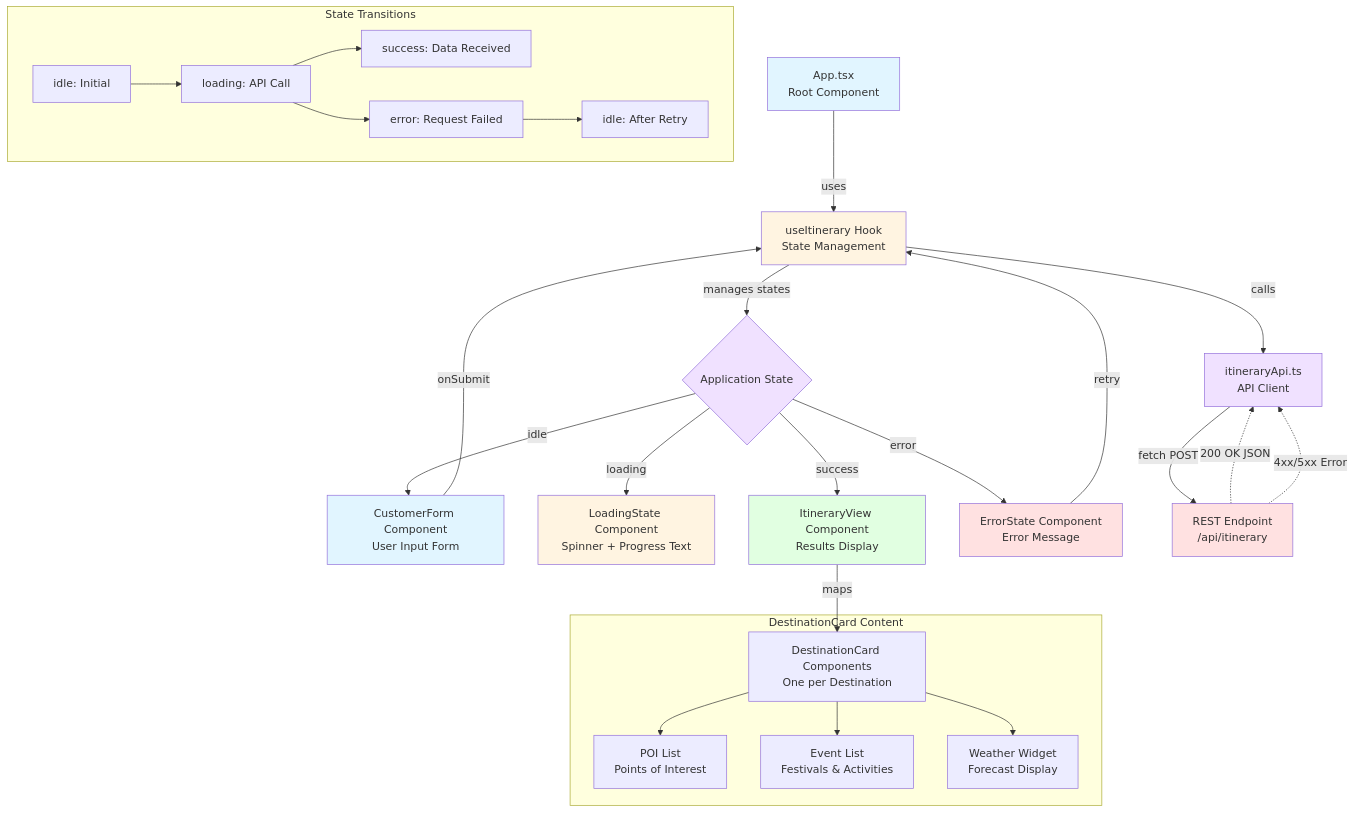
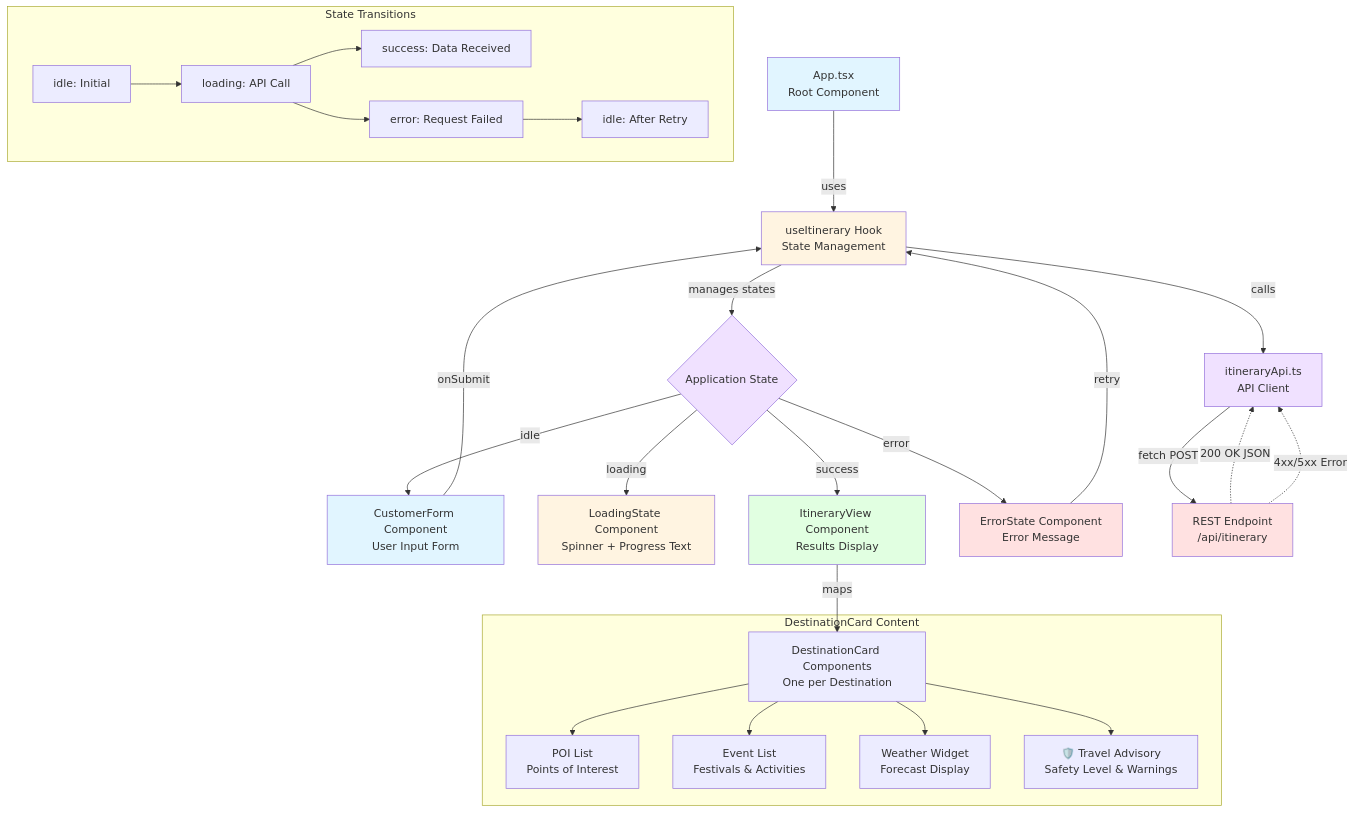
One commit to dmd0822/boston-code-camp-40 changed the second of 9 diagrams in docs/diagrams.md. Above: the diagram before and after it, drawn with Mermaid. The commit also changed other lines of this file and 21 other files, not shown here.

````diff
--- a/docs/diagrams.md
+++ b/docs/diagrams.md
@@ -74,44 +79,45 @@
 ```mermaid
 graph TD
     App[App.tsx<br/>Root Component] -->|uses| UseItinerary[useItinerary Hook<br/>State Management]
     
     UseItinerary -->|manages states| States{Application State}
     UseItinerary -->|calls| API[itineraryApi.ts<br/>API Client]
     
     States -->|idle| CustomerForm[CustomerForm Component<br/>User Input Form]
     States -->|loading| LoadingState[LoadingState Component<br/>Spinner + Progress Text]
     States -->|success| ItineraryView[ItineraryView Component<br/>Results Display]
     States -->|error| ErrorState[ErrorState Component<br/>Error Message]
     
     CustomerForm -->|onSubmit| UseItinerary
     ErrorState -->|retry| UseItinerary
     
     ItineraryView -->|maps| DestinationCards[DestinationCard Components<br/>One per Destination]
     
     subgraph "DestinationCard Content"
         DestinationCards --> POIs[POI List<br/>Points of Interest]
         DestinationCards --> Events[Event List<br/>Festivals & Activities]
         DestinationCards --> Weather[Weather Widget<br/>Forecast Display]
+        DestinationCards --> Advisory[🛡️ Travel Advisory<br/>Safety Level & Warnings]
     end
     
     API -->|fetch POST| APIBoundary[REST Endpoint<br/>/api/itinerary]
     APIBoundary -.->|200 OK JSON| API
     APIBoundary -.->|4xx/5xx Error| API
     
     subgraph "State Transitions"
         Idle[idle: Initial] --> Loading[loading: API Call]
         Loading --> Success[success: Data Received]
         Loading --> Error[error: Request Failed]
         Error --> Idle2[idle: After Retry]
     end
     
     style App fill:#e1f5ff
     style UseItinerary fill:#fff4e1
     style States fill:#f0e1ff
     style ItineraryView fill:#e1ffe1
     style CustomerForm fill:#e1f5ff
     style LoadingState fill:#fff4e1
     style ErrorState fill:#ffe1e1
     style API fill:#f0e1ff
     style APIBoundary fill:#ffe1e1
 ```
````
